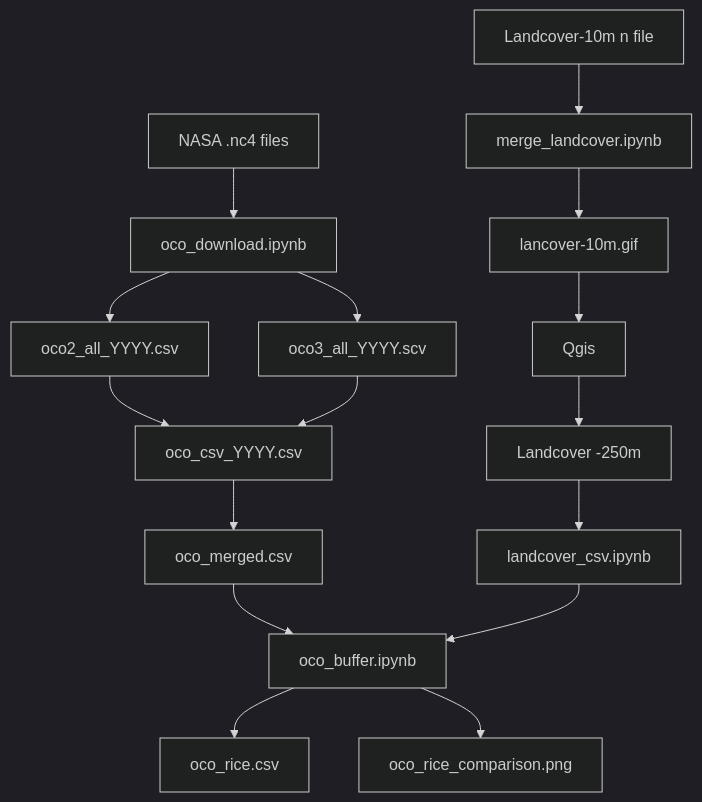
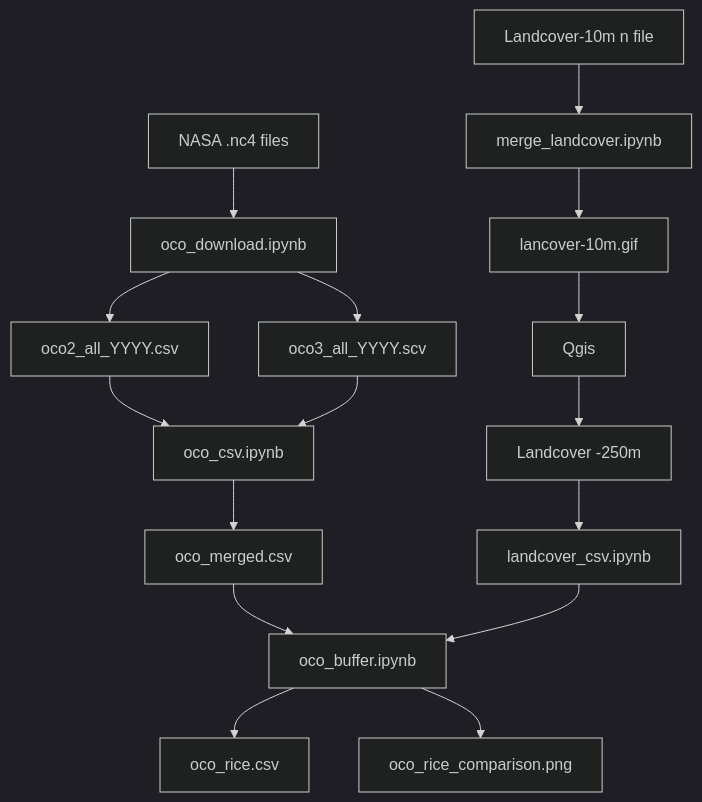
One commit to duyen26912/RS_OCO_MODIS changed the diagram in README.md. Above: the diagram before and after it, drawn with Mermaid (dark theme).

Commit message:
Fix link to CSV output file in flowchart

````diff
--- a/README.md
+++ b/README.md
@@ -87,22 +87,22 @@
 ```mermaid
 flowchart TD
     A[NASA .nc4 files] --> B[oco_download.ipynb]
     B --> C[oco2_all_YYYY.csv]
     B --> D[oco3_all_YYYY.scv]
     C --> E[oco_csv.ipynb]
-    D --> E[oco_csv_YYYY.csv]
+    D --> E[oco_csv.ipynb]
     E --> F[oco_merged.csv]
     F --> G[oco_buffer.ipynb]
     G --> H[oco_rice.csv]
     G --> I[oco_rice_comparison.png]
     
     K[Landcover-10m n file] --> L[merge_landcover.ipynb]
     L --> M[lancover-10m.gif]
     M --> N[Qgis]
     N --> O[Landcover -250m]
     O --> P[landcover_csv.ipynb]
     P --> G
     
     
     
 ```
````
